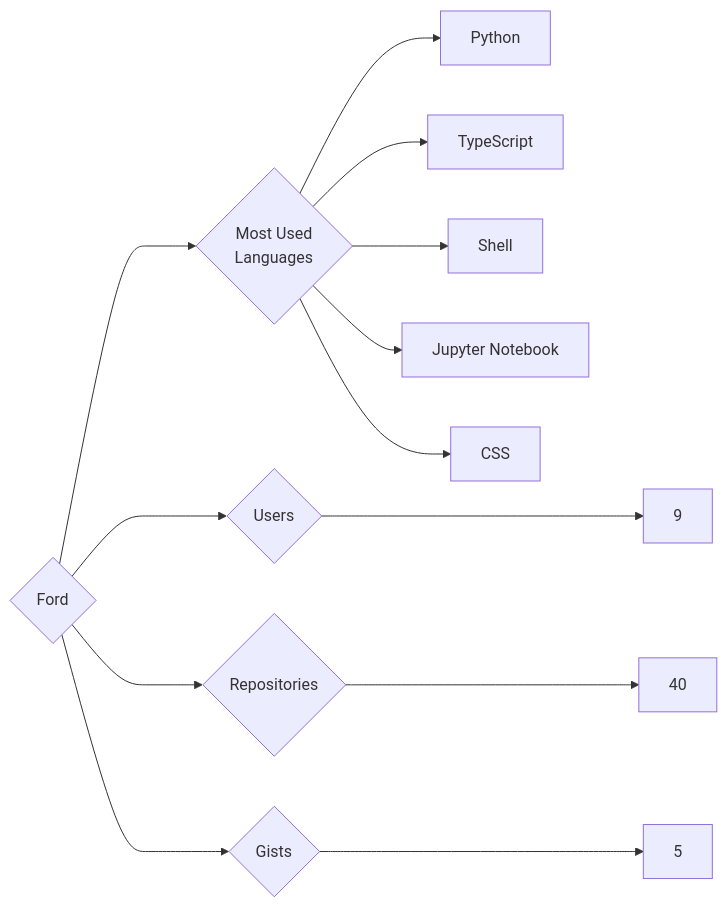
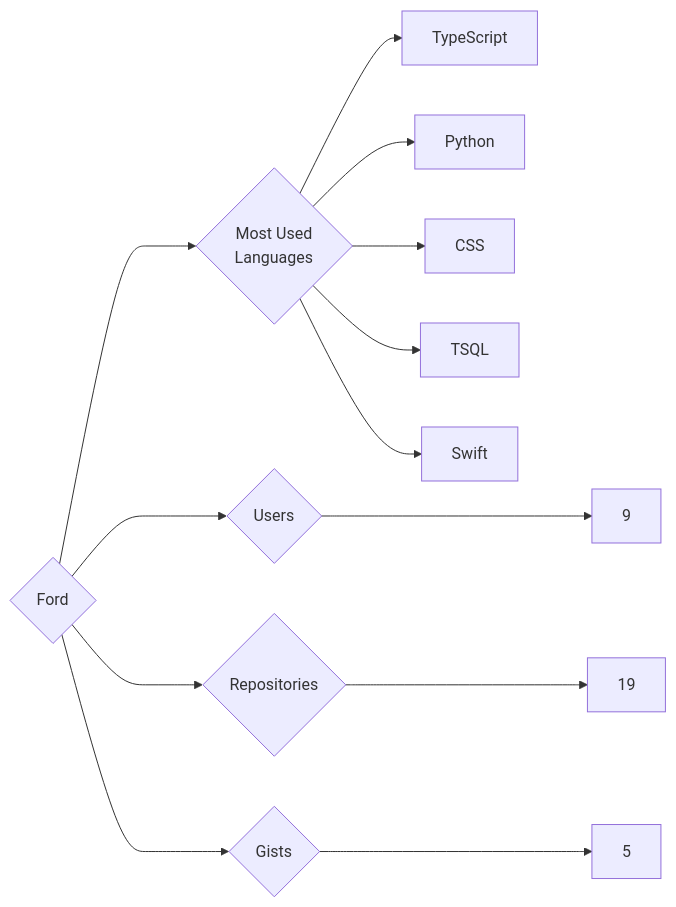
One commit to trickest/insiders changed the diagram in targets/Ford/README.md. Above: the diagram before and after it, drawn with Mermaid. The commit also changed 934 other files, not shown here.

````diff
--- a/targets/Ford/README.md
+++ b/targets/Ford/README.md
@@ -3,13 +3,13 @@
 ```mermaid
 graph LR
 COMPANY_NAME{Ford}
 COMPANY_NAME ---> U{Users} ---> UN[9]
-COMPANY_NAME ---> R{Repositories} ---> RN[40]
+COMPANY_NAME ---> R{Repositories} ---> RN[19]
 COMPANY_NAME ---> G{Gists} ---> GN[5]
 COMPANY_NAME ---> ML{Most Used<br>Languages}
+ML --> TypeScript[TypeScript]
 ML --> Python[Python]
-ML --> TypeScript[TypeScript]
-ML --> Shell[Shell]
-ML --> Jupyter_Notebook[Jupyter Notebook]
 ML --> CSS[CSS]
+ML --> TSQL[TSQL]
+ML --> Swift[Swift]
 ```
````
